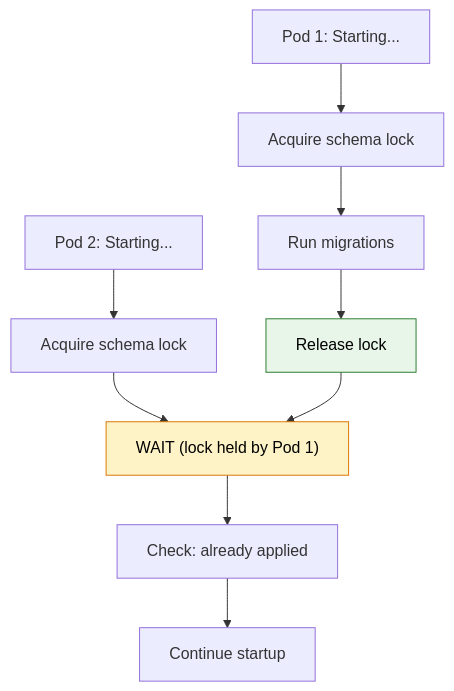
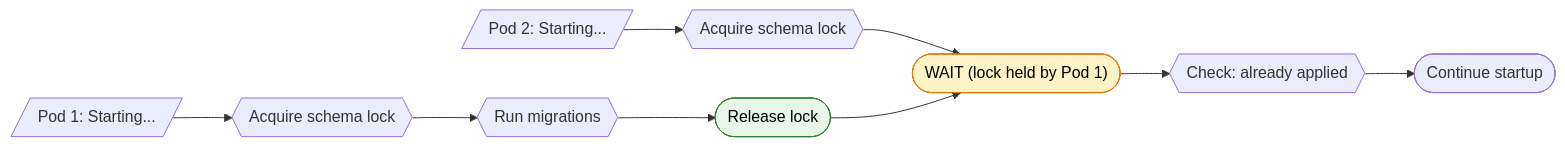
Before and after one commit to saivamsikaruturi/vamsilabs-dev-notes-main: the fifth of 5 diagrams in docs/springboot/database-migrations.md, drawn with Mermaid. The commit also changed other lines of this file and 146 other files, not shown here.

Commit message:
Horizontal diagrams, UML class diagrams, typography overhaul, and permalink cleanup

````diff
--- a/docs/springboot/database-migrations.md
+++ b/docs/springboot/database-migrations.md
@@ -636,15 +639,15 @@
 ```mermaid
-flowchart TD
-    P1["Pod 1: Starting..."] --> L1["Acquire schema lock"]
-    P2["Pod 2: Starting..."] --> L2["Acquire schema lock"]
+flowchart LR
+    P1[/"Pod 1: Starting..."/] --> L1{{"Acquire schema lock"}}
+    P2[/"Pod 2: Starting..."/] --> L2{{"Acquire schema lock"}}
 
-    L1 --> M1["Run migrations"]
-    L2 --> W["WAIT (lock held by Pod 1)"]
-    M1 --> R1["Release lock"]
+    L1 --> M1{{"Run migrations"}}
+    L2 --> W(["WAIT (lock held by Pod 1)"])
+    M1 --> R1(["Release lock"])
     R1 --> W
-    W --> M2["Check: already applied"]
-    M2 --> Done["Continue startup"]
+    W --> M2{{"Check: already applied"}}
+    M2 --> Done(["Continue startup"])
 
     style W fill:#FEF3C7,stroke:#D97706,color:#000
     style R1 fill:#E8F5E9,stroke:#2E7D32,color:#000
 ```
````
